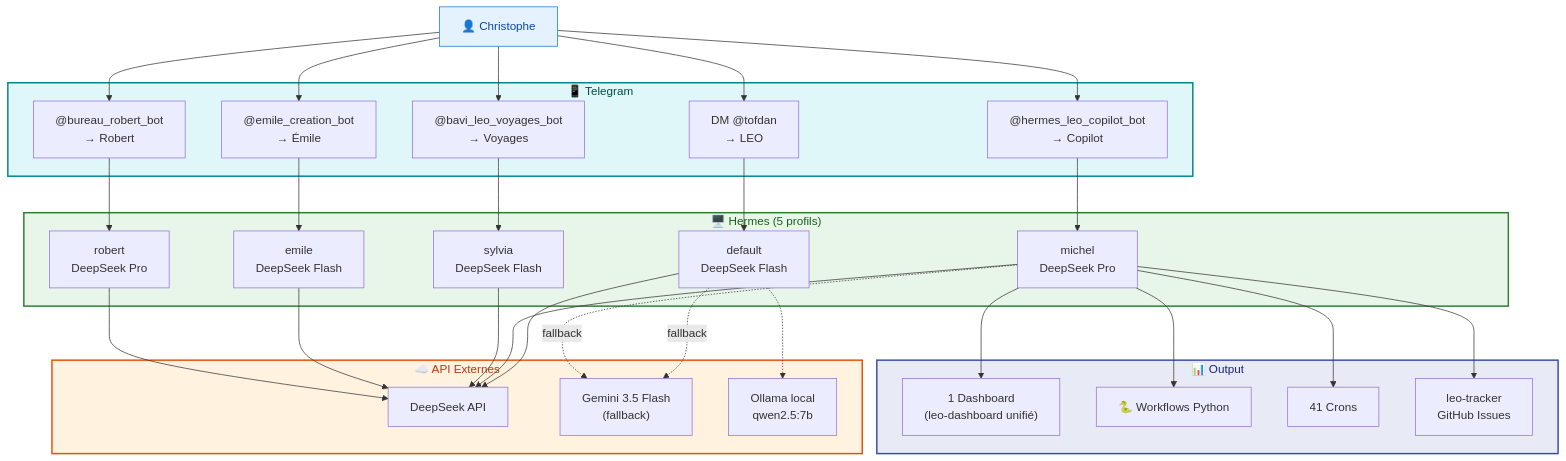
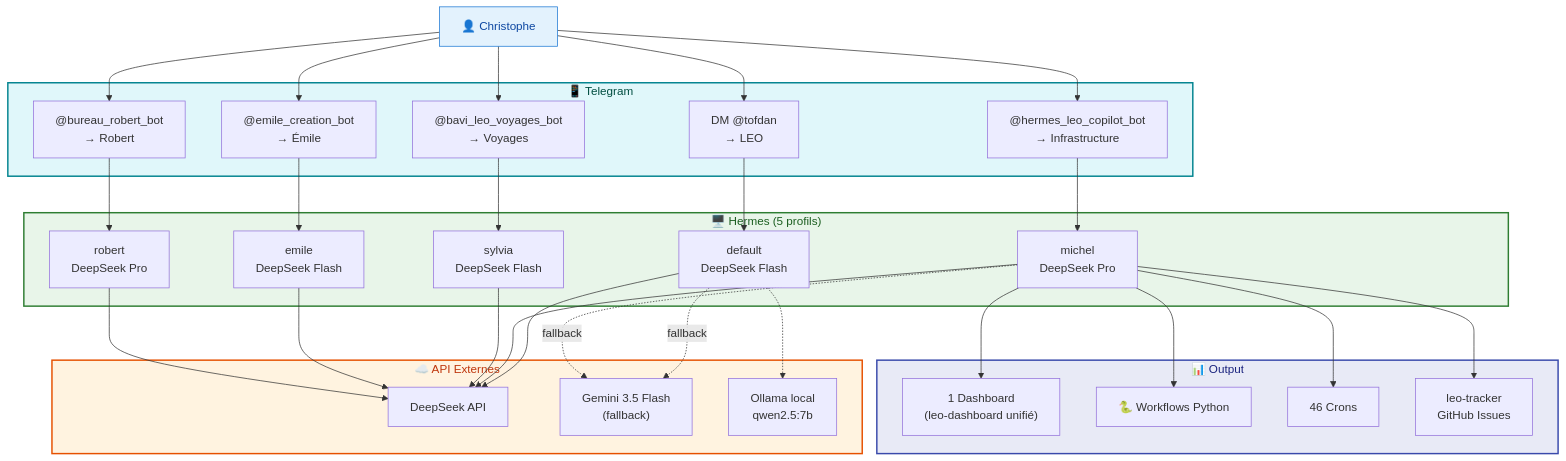
One commit to christophedanhier-hash/hermes-wiki changed the fifth of 5 diagrams in docs/hermes/architecture-communication.md. Above: the diagram before and after it, drawn with Mermaid. The commit also changed other lines of this file, not shown here.

First line of the commit message:
fix(architecture-communication): correction mémoires, crons, prix, renommage

````diff
--- a/docs/hermes/architecture-communication.md
+++ b/docs/hermes/architecture-communication.md
@@ -209,66 +200,66 @@
 ```mermaid
 flowchart TB
     User["👤 Christophe"]
 
     subgraph TELEGRAM["📱 Telegram"]
         DM["DM @tofdan<br/>→ LEO"]
-        COP["@hermes_leo_copilot_bot<br/>→ Copilot"]
+        COP["@hermes_leo_copilot_bot<br/>→ Infrastructure"]
         VOY["@bavi_leo_voyages_bot<br/>→ Voyages"]
         EMI["@emile_creation_bot<br/>→ Émile"]
         ROB["@bureau_robert_bot<br/>→ Robert"]
     end
 
     subgraph HERMES["🖥️ Hermes (5 profils)"]
         DEF["default<br/>DeepSeek Flash"]
         LCP["michel<br/>DeepSeek Pro"]
         BAV["sylvia<br/>DeepSeek Flash"]
         EMILE["emile<br/>DeepSeek Flash"]
         BUR["robert<br/>DeepSeek Pro"]
     end
 
     subgraph API["☁️ API Externes"]
         DS["DeepSeek API"]
         GEM["Gemini 3.5 Flash<br/>(fallback)"]
         OLL["Ollama local<br/>qwen2.5:7b"]
     end
 
     subgraph OUTPUT["📊 Output"]
         DASH["1 Dashboard<br/>(leo-dashboard unifié)"]
         WFL["🐍 Workflows Python"]
-        CRON["41 Crons"]
+        CRON["46 Crons"]
         ISSUES["leo-tracker<br/>GitHub Issues"]
     end
 
     User --> DM
     User --> COP
     User --> VOY
     User --> EMI
     User --> ROB
 
     DM --> DEF
     COP --> LCP
     VOY --> BAV
     EMI --> EMILE
     ROB --> BUR
 
     DEF --> DS
     LCP --> DS
     BAV --> DS
     EMILE --> DS
     BUR --> DS
 
     DEF -.->|"fallback"| GEM
     DEF -.-> OLL
     LCP -.->|"fallback"| GEM
 
     LCP --> DASH
     LCP --> WFL
     LCP --> CRON
     LCP --> ISSUES
 
     style User fill:#e3f2fd,stroke:#1976d2,color:#0d47a1
     style TELEGRAM fill:#e0f7fa,stroke:#00838f,stroke-width:2px,color:#004d40
     style HERMES fill:#e8f5e9,stroke:#2e7d32,stroke-width:2px,color:#1b5e20
     style API fill:#fff3e0,stroke:#e65100,stroke-width:2px,color:#bf360c
     style OUTPUT fill:#e8eaf6,stroke:#3949ab,stroke-width:2px,color:#1a237e
 ```
````
